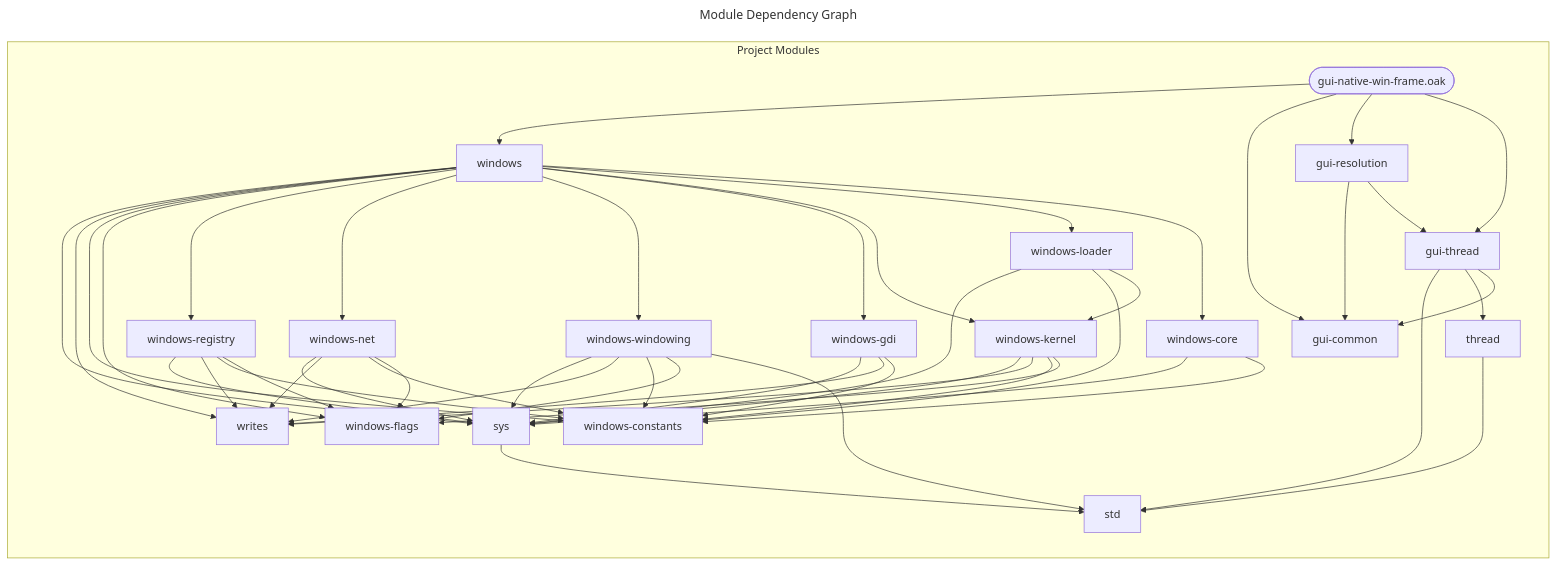
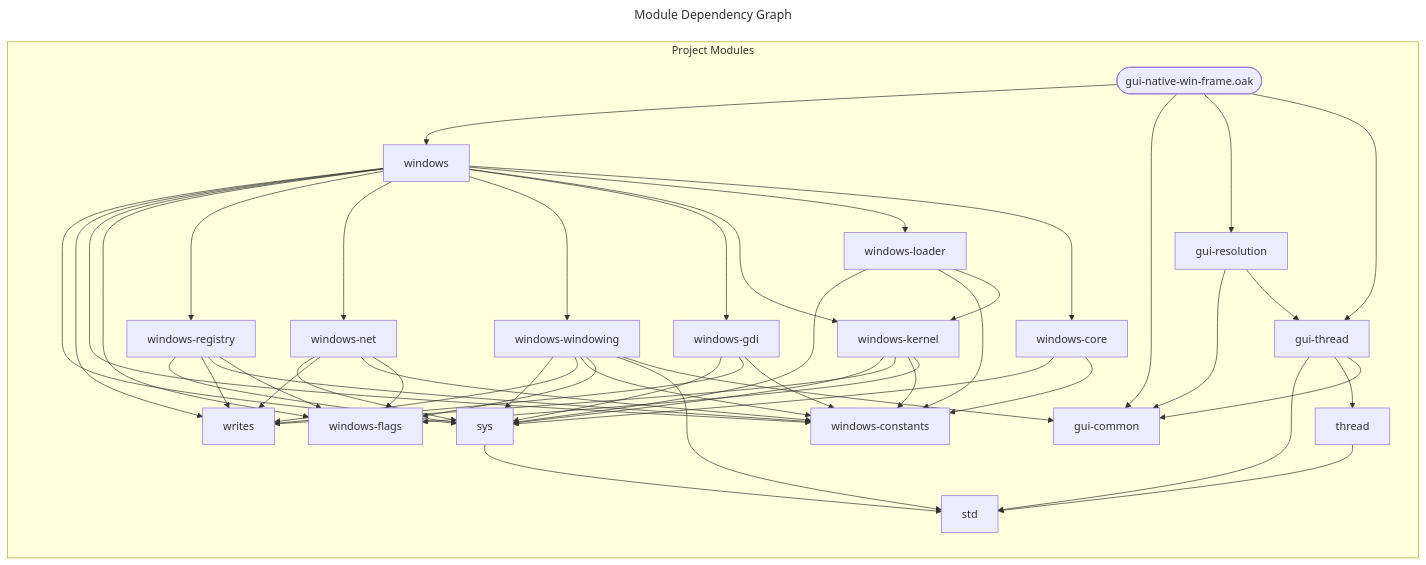
The diagram in docs/spec/gui-native-win-frame.mmd (SpcFORK/magnolia), drawn with Mermaid before and after one commit. The commit also changed 607 other files, not shown here.

```diff
--- a/docs/spec/gui-native-win-frame.mmd
+++ b/docs/spec/gui-native-win-frame.mmd
@@ -1,71 +1,72 @@
 ---
 title: Module Dependency Graph
 ---
 flowchart LR
     subgraph project_modules ["Project Modules"]
+        gui_resolution["gui-resolution"]
+        std["std"]
+        windows_net["windows-net"]
+        windows_windowing["windows-windowing"]
+        lib_gui_native_win_frame_oak(["gui-native-win-frame.oak"])
+        windows_gdi["windows-gdi"]
+        writes["writes"]
+        windows_flags["windows-flags"]
+        windows_registry["windows-registry"]
+        windows_constants["windows-constants"]
+        windows["windows"]
+        gui_thread["gui-thread"]
+        windows_kernel["windows-kernel"]
+        gui_common["gui-common"]
+        thread["thread"]
+        windows_core["windows-core"]
         sys["sys"]
-        windows_net["windows-net"]
         windows_loader["windows-loader"]
-        windows_windowing["windows-windowing"]
-        windows_flags["windows-flags"]
-        std["std"]
-        windows_kernel["windows-kernel"]
-        thread["thread"]
-        writes["writes"]
-        windows["windows"]
-        windows_core["windows-core"]
-        gui_resolution["gui-resolution"]
-        lib_gui_native_win_frame_oak(["gui-native-win-frame.oak"])
-        windows_constants["windows-constants"]
-        gui_thread["gui-thread"]
-        windows_registry["windows-registry"]
-        gui_common["gui-common"]
-        windows_gdi["windows-gdi"]
     end
-    sys --> std
+    gui_resolution --> gui_common
+    gui_resolution --> gui_thread
     windows_net --> sys
     windows_net --> writes
     windows_net --> windows_constants
     windows_net --> windows_flags
-    windows_loader --> sys
-    windows_loader --> windows_constants
-    windows_loader --> windows_kernel
     windows_windowing --> sys
     windows_windowing --> writes
     windows_windowing --> windows_constants
     windows_windowing --> windows_flags
     windows_windowing --> std
-    windows_kernel --> sys
-    windows_kernel --> writes
-    windows_kernel --> windows_constants
-    windows_kernel --> windows_flags
-    thread --> std
+    windows_windowing --> gui_common
+    lib_gui_native_win_frame_oak --> windows
+    lib_gui_native_win_frame_oak --> gui_common
+    lib_gui_native_win_frame_oak --> gui_resolution
+    lib_gui_native_win_frame_oak --> gui_thread
+    windows_gdi --> sys
+    windows_gdi --> writes
+    windows_gdi --> windows_constants
+    windows_registry --> sys
+    windows_registry --> writes
+    windows_registry --> windows_constants
+    windows_registry --> windows_flags
     windows --> sys
     windows --> writes
     windows --> windows_constants
     windows --> windows_flags
     windows --> windows_registry
     windows --> windows_net
     windows --> windows_windowing
     windows --> windows_gdi
     windows --> windows_kernel
     windows --> windows_loader
     windows --> windows_core
-    windows_core --> sys
-    windows_core --> windows_constants
-    gui_resolution --> gui_common
-    gui_resolution --> gui_thread
-    lib_gui_native_win_frame_oak --> windows
-    lib_gui_native_win_frame_oak --> gui_common
-    lib_gui_native_win_frame_oak --> gui_resolution
-    lib_gui_native_win_frame_oak --> gui_thread
     gui_thread --> std
     gui_thread --> thread
     gui_thread --> gui_common
-    windows_registry --> sys
-    windows_registry --> writes
-    windows_registry --> windows_constants
-    windows_registry --> windows_flags
-    windows_gdi --> sys
-    windows_gdi --> writes
-    windows_gdi --> windows_constants
+    windows_kernel --> sys
+    windows_kernel --> writes
+    windows_kernel --> windows_constants
+    windows_kernel --> windows_flags
+    thread --> std
+    windows_core --> sys
+    windows_core --> windows_constants
+    sys --> std
+    windows_loader --> sys
+    windows_loader --> windows_constants
+    windows_loader --> windows_kernel
```
